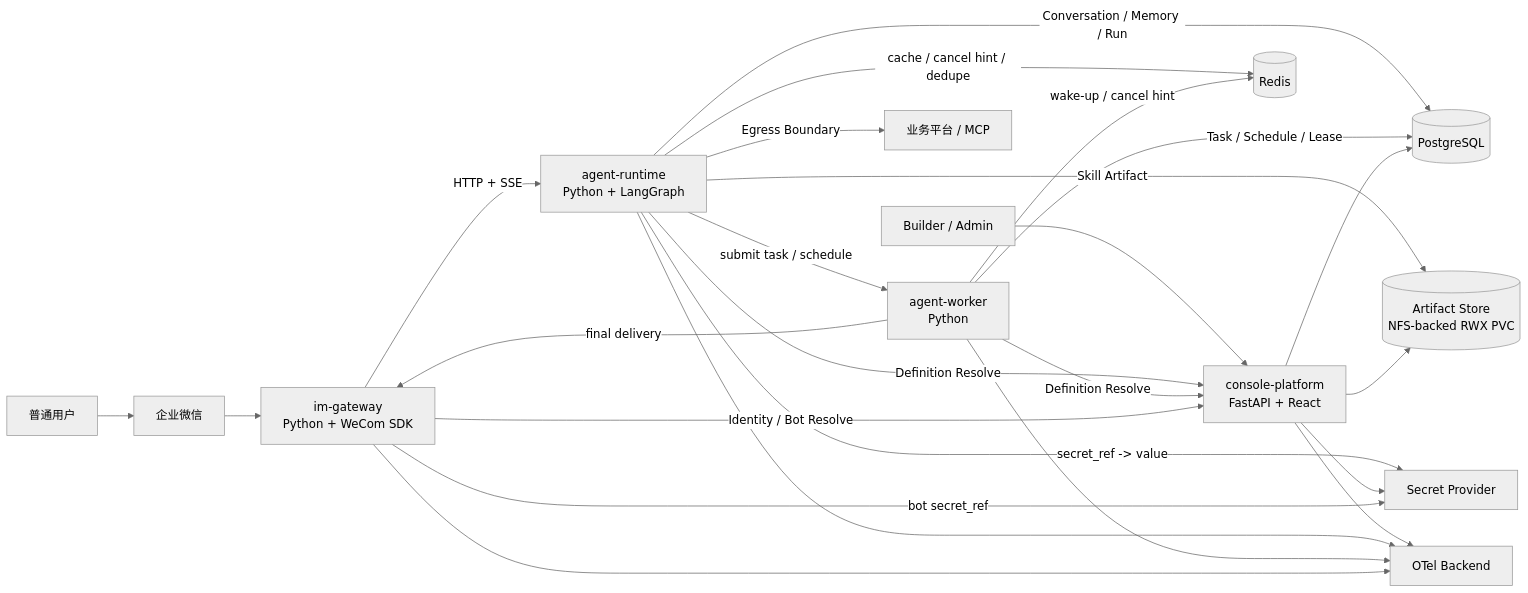
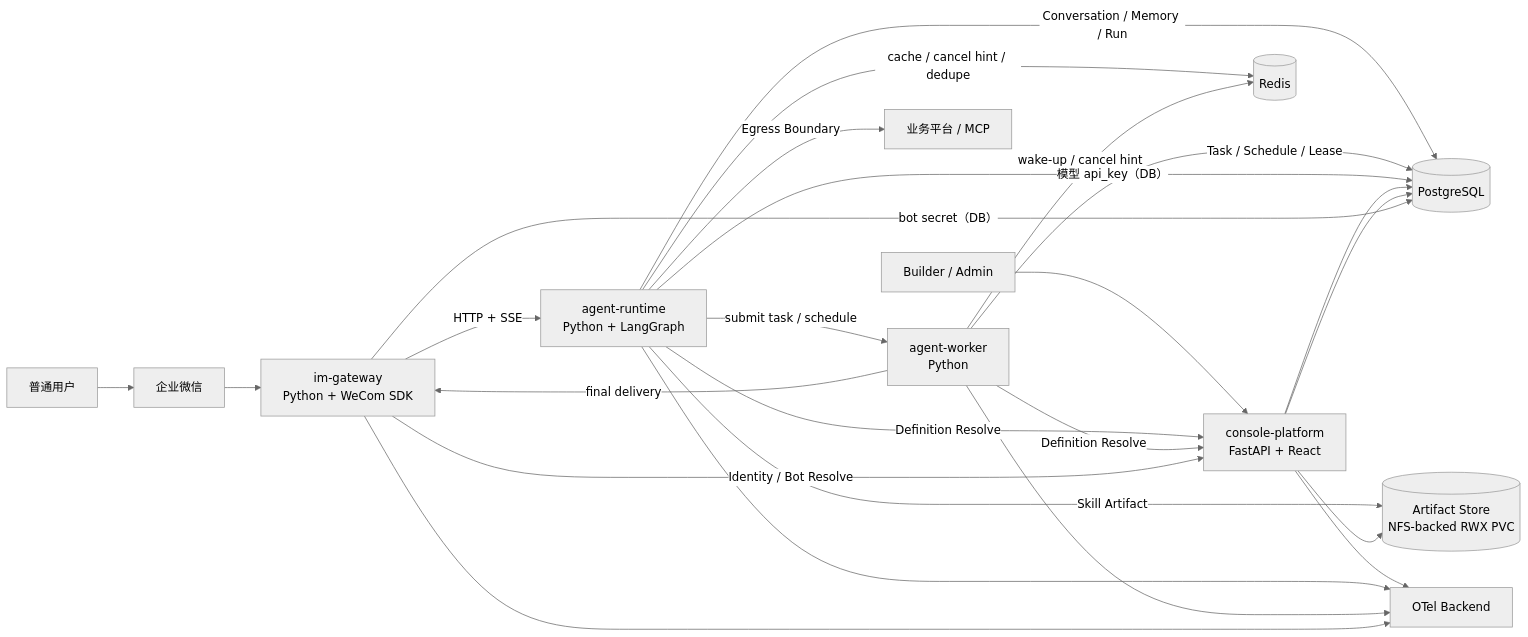
The diagram in docs/00-详细设计索引与设计基线.md (Michaelxwb/fluxion-harness), drawn with Mermaid (neutral theme) before and after one commit. The commit also changed other lines of this file and 116 other files, not shown here.

First line of the commit message:
feat(model): 模型管理模块闭环并归档；refactor(secret): SecretRef 全量移除

````diff
--- a/docs/00-详细设计索引与设计基线.md
+++ b/docs/00-详细设计索引与设计基线.md
@@ -476,27 +476,27 @@
 ```mermaid
 flowchart LR
     Admin[Builder / Admin] --> CP[console-platform\nFastAPI + React]
     User[普通用户] --> WeCom[企业微信]
     WeCom --> IG[im-gateway\nPython + WeCom SDK]
     IG -->|HTTP + SSE| AR[agent-runtime\nPython + LangGraph]
     AR -->|submit task / schedule| AW[agent-worker\nPython]
     AW -->|final delivery| IG
     AR -->|Definition Resolve| CP
     AW -->|Definition Resolve| CP
     AR -->|Skill Artifact| OS[(Artifact Store\nNFS-backed RWX PVC)]
     AR -->|Conversation / Memory / Run| PG[(PostgreSQL)]
     AW -->|Task / Schedule / Lease| PG
     AR -->|cache / cancel hint / dedupe| Redis[(Redis)]
     AW -->|wake-up / cancel hint| Redis
-    AR -->|secret_ref -> value| SP[Secret Provider]
+    AR -->|模型 api_key（DB）| PG
     AR -->|Egress Boundary| Biz[业务平台 / MCP]
     CP --> PG
     CP --> OS
-    CP --> SP
-    IG -->|bot secret_ref| SP
+    CP --> PG
+    IG -->|bot secret（DB）| PG
     IG -->|Identity / Bot Resolve| CP
     CP --> OTel[OTel Backend]
     AR --> OTel
     AW --> OTel
     IG --> OTel
 ```
````
